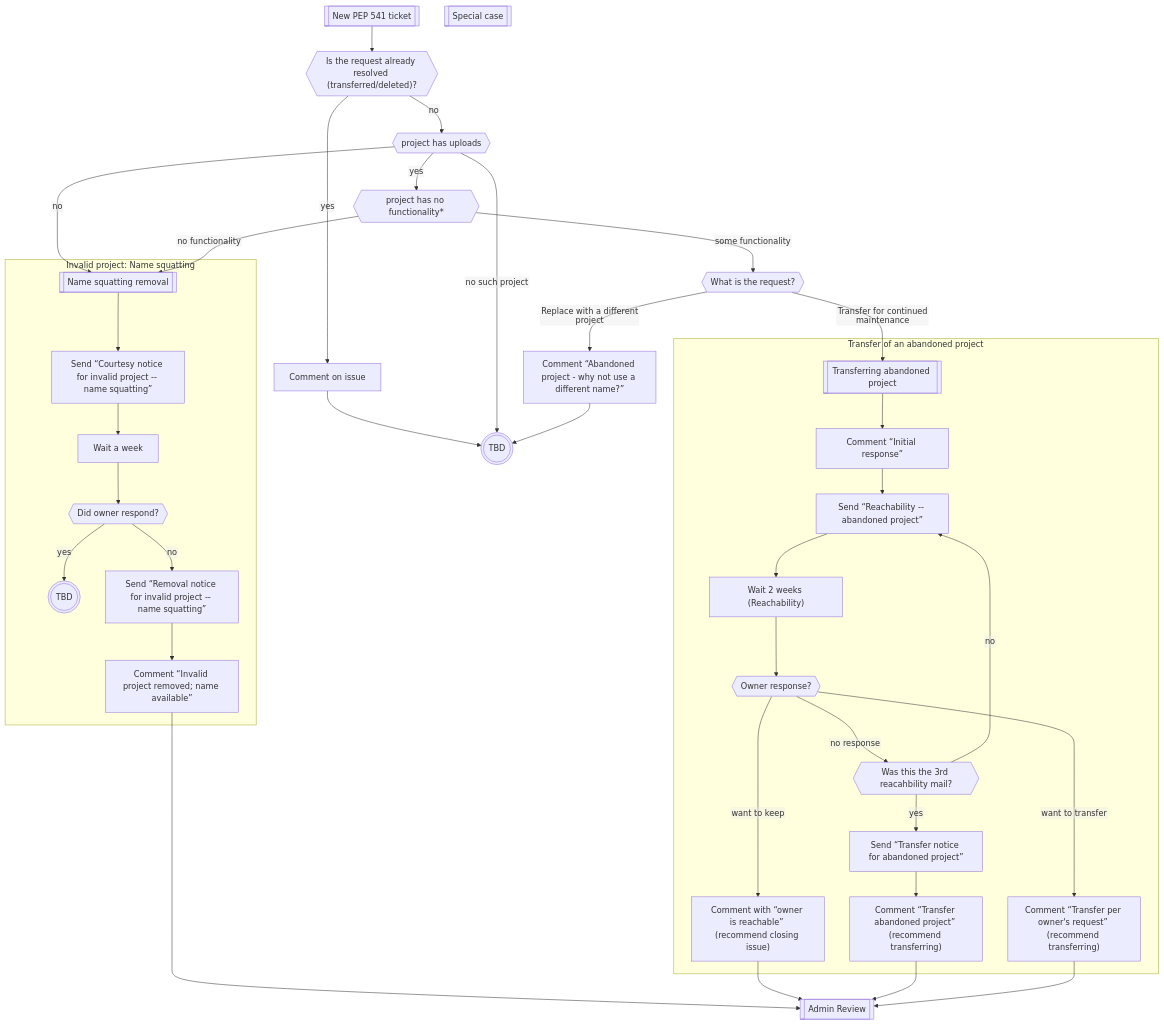
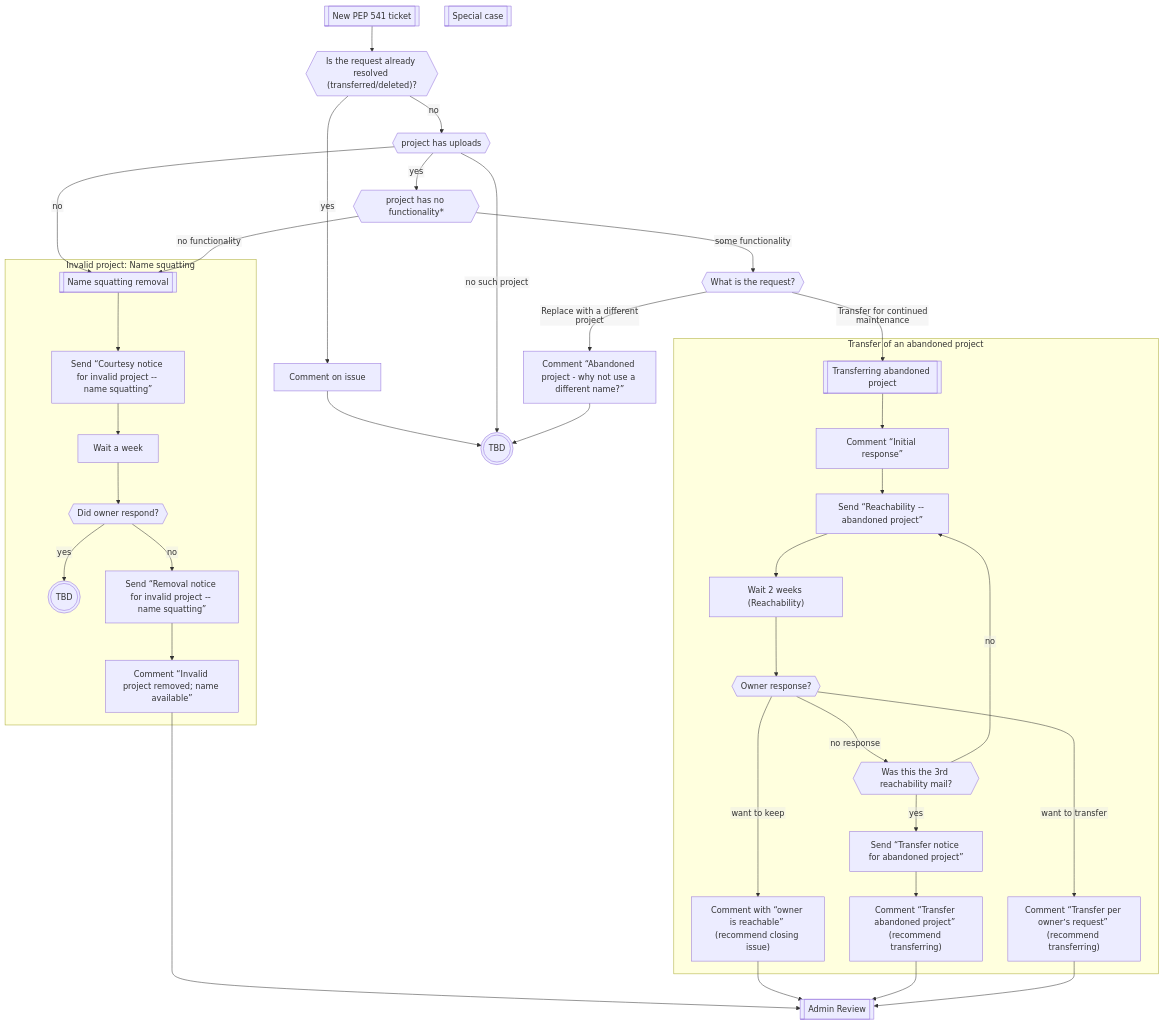
One commit to pypi/support changed the diagram in name-retention/README.md. Above: the diagram before and after it, drawn with Mermaid.

````diff
--- a/name-retention/README.md
+++ b/name-retention/README.md
@@ -14,36 +14,36 @@
 ```mermaid
 %%{init: {"flowchart": {"htmlLabels": false}} }%%
 flowchart TD
 NEW[[New PEP 541 ticket]] --> NEW_isdone{{"Is the request already resolved (transferred/deleted)?"}}
 NEW_isdone --> |yes| NEW_done[Comment on issue] --> NEW_tbd(((TBD)))
 NEW_isdone --> |no| NEW_uploads{{project has uploads}}
 NEW_uploads --> |no| SQUAT
 NEW_uploads --> |yes| NEW_funct{{project has no functionality*}}
 NEW_uploads --> |no such project| NEW_tbd
 NEW_funct --> |no functionality| SQUAT
 NEW_funct --> |some functionality| NEW_what{{What is the request?}}
 NEW_what --> |Transfer for continued maintenance| ABTR
 NEW_what --> |Replace with a different project| NEW_whyname[Comment “Abandoned project - why not use a different name?”]
 NEW_whyname --> NEW_tbd
 subgraph SQUAT_subgraph [Invalid project: Name squatting]
     SQUAT[[Name squatting removal]] --> SQUAT_c[Send “Courtesy notice for invalid project -- name squatting”] --> SQUAT_w[Wait a week] --> SQUAT_r{{Did owner respond?}} --> |yes| SQUAT_tbd(((TBD)))
     SQUAT_r --> |no| SQUAT_s[Send “Removal notice for invalid project -- name squatting”] --> SQUAT_g[Comment “Invalid project removed; name available”]
 end
 
 subgraph ABTR_subgraph [Transfer of an abandoned project]
     ABTR[[Transferring abandoned project]] --> ABTR_init[Comment “Initial response”] --> ABTR_r[Send “Reachability -- abandoned project”] --> ABTR_wait["Wait 2 weeks (Reachability)"] --> ABTR_resp{{Owner response?}}
     ABTR_resp --> |want to keep| ABTR_keep["Comment with “owner is reachable” (recommend closing issue)"]
-    ABTR_resp --> |want to transfer| ABTR_rq["Comment “Transfer per owner's request” (recommend transferring)"]
-    ABTR_resp --> |no response| ABTR_iter{{Was this the 3rd reacahbility mail?}} --> |no| ABTR_r
+    ABTR_resp --> |want to transfer| ABTR_rq["Comment “Transfer per ownerʼs request” (recommend transferring)"]
+    ABTR_resp --> |no response| ABTR_iter{{Was this the 3rd reachability mail?}} --> |no| ABTR_r
     ABTR_iter --> |yes| ABTR_t[Send “Transfer notice for abandoned project”] --> ABTR_tc["Comment “Transfer abandoned project” (recommend transferring)"]
 end
 
 SQUAT_g --> ADM[[Admin Review]]
 ABTR_keep --> ADM
 ABTR_tc --> ADM
 ABTR_rq --> ADM
 
 
 
 SPEC[[Special case]]
 ```
````
